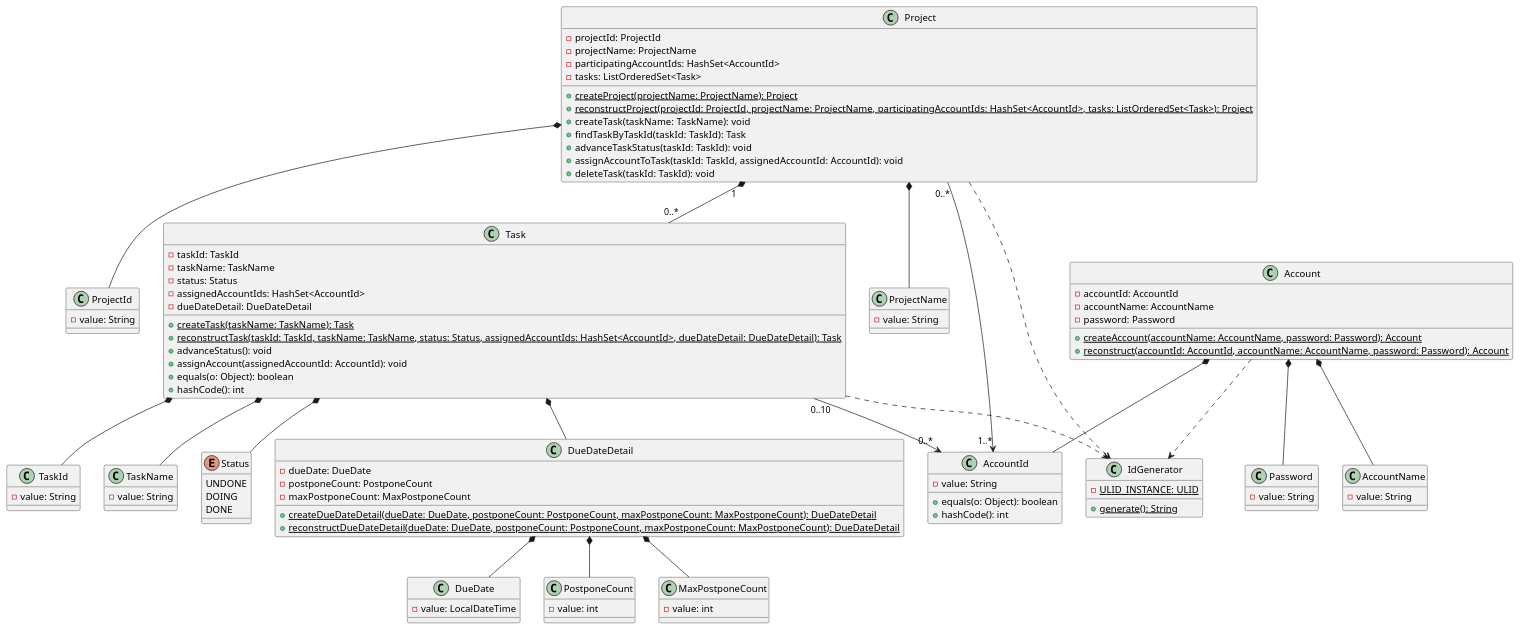
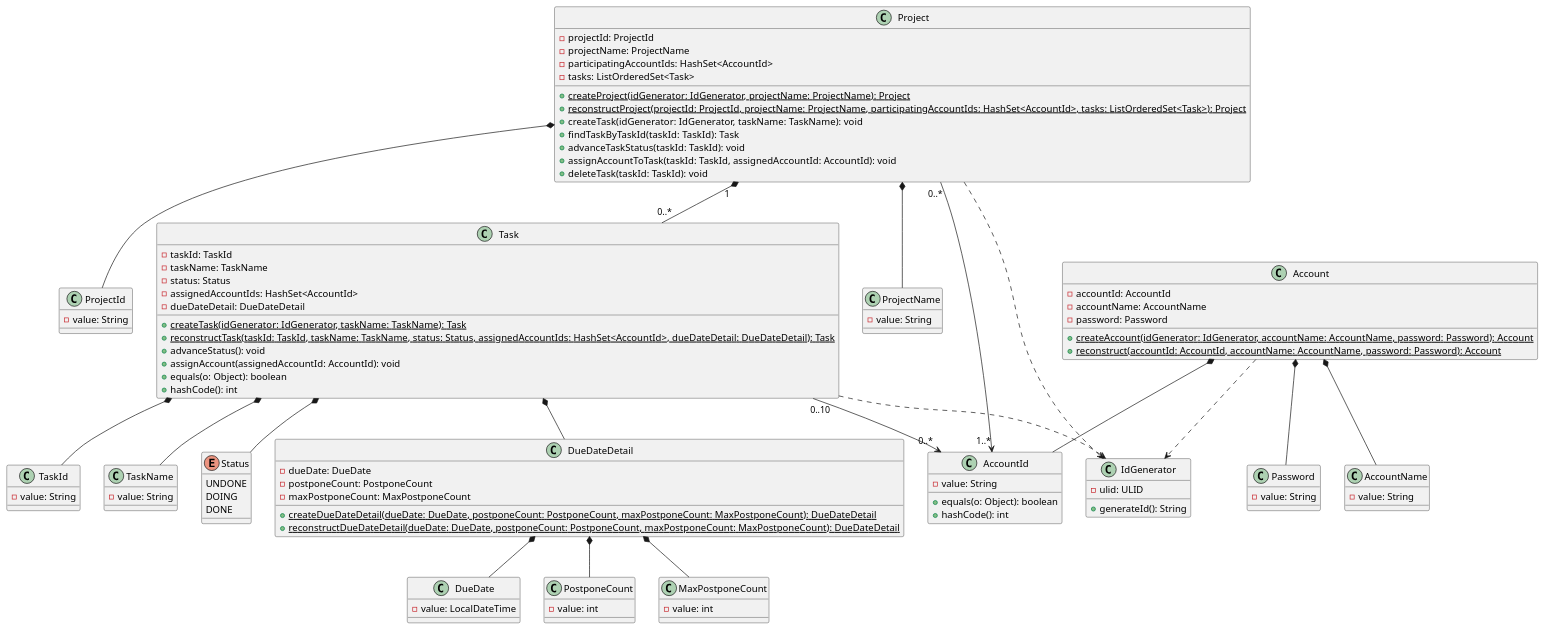
Before and after one commit to ORIKAMIxNEP/playground: the diagram in uml/class.puml, drawn with PlantUML. The commit also changed 36 other files, not shown here.

```diff
--- a/uml/class.puml
+++ b/uml/class.puml
@@ -1,120 +1,120 @@
 @startuml
 class Account {
   - accountId: AccountId
   - accountName: AccountName
   - password: Password
-    {static} + createAccount(accountName: AccountName, password: Password): Account
+    {static} + createAccount(idGenerator: IdGenerator, accountName: AccountName, password: Password): Account
     {static} + reconstruct(accountId: AccountId, accountName: AccountName, password: Password): Account
 }
 
 class AccountId {
   - value: String
   + equals(o: Object): boolean
   + hashCode(): int
 }
 
 class AccountName {
   - value: String
 }
 
 class Password {
   - value: String
 }
 
 Account *-- AccountId
 Account *-- AccountName
 Account *-- Password
 Account ..> IdGenerator
 
 class Project {
   - projectId: ProjectId
   - projectName: ProjectName
   - participatingAccountIds: HashSet<AccountId>
   - tasks: ListOrderedSet<Task>
-  {static} + createProject(projectName: ProjectName): Project
+  {static} + createProject(idGenerator: IdGenerator, projectName: ProjectName): Project
   {static} + reconstructProject(projectId: ProjectId, projectName: ProjectName, participatingAccountIds: HashSet<AccountId>, tasks: ListOrderedSet<Task>): Project
-  + createTask(taskName: TaskName): void
+  + createTask(idGenerator: IdGenerator, taskName: TaskName): void
   + findTaskByTaskId(taskId: TaskId): Task
   + advanceTaskStatus(taskId: TaskId): void
   + assignAccountToTask(taskId: TaskId, assignedAccountId: AccountId): void
   + deleteTask(taskId: TaskId): void
 }
 
 class ProjectId {
   - value: String
 }
 
 class ProjectName {
   - value: String
 }
 
 Project *-- ProjectId
 Project *-- ProjectName
 Project "0..*" --> "1..*" AccountId
 Project "1" *-- "0..*" Task
 Project ..> IdGenerator
 
 class Task {
   - taskId: TaskId
   - taskName: TaskName
   - status: Status
   - assignedAccountIds: HashSet<AccountId>
   - dueDateDetail: DueDateDetail
-  {static} + createTask(taskName: TaskName): Task
+  {static} + createTask(idGenerator: IdGenerator, taskName: TaskName): Task
   {static} + reconstructTask(taskId: TaskId, taskName: TaskName, status: Status, assignedAccountIds: HashSet<AccountId>, dueDateDetail: DueDateDetail): Task
   + advanceStatus(): void
   + assignAccount(assignedAccountId: AccountId): void
   + equals(o: Object): boolean
   + hashCode(): int
 }
 
 class TaskId {
   - value: String
 }
 
 class TaskName {
   - value: String
 }
 
 enum Status {
   UNDONE
   DOING
   DONE
 }
 
 Task *-- TaskId
 Task *-- TaskName
 Task *-- Status
 Task "0..10" --> "0..*" AccountId
 Task *-- DueDateDetail
 Task ..> IdGenerator
 
 class DueDateDetail {
   - dueDate: DueDate
   - postponeCount: PostponeCount
   - maxPostponeCount: MaxPostponeCount
     {static} + createDueDateDetail(dueDate: DueDate, postponeCount: PostponeCount, maxPostponeCount: MaxPostponeCount): DueDateDetail
     {static} + reconstructDueDateDetail(dueDate: DueDate, postponeCount: PostponeCount, maxPostponeCount: MaxPostponeCount): DueDateDetail
 }
 
 class DueDate {
   - value: LocalDateTime
 }
 
 class PostponeCount {
   - value: int
 }
 
 class MaxPostponeCount {
   - value: int
 }
 
 DueDateDetail *-- DueDate
 DueDateDetail *-- PostponeCount
 DueDateDetail *-- MaxPostponeCount
 
 class IdGenerator {
-  {static} - ULID_INSTANCE: ULID
-  {static} + generate(): String
+  - ulid: ULID
+  + generateId(): String
 }
 @enduml
```
